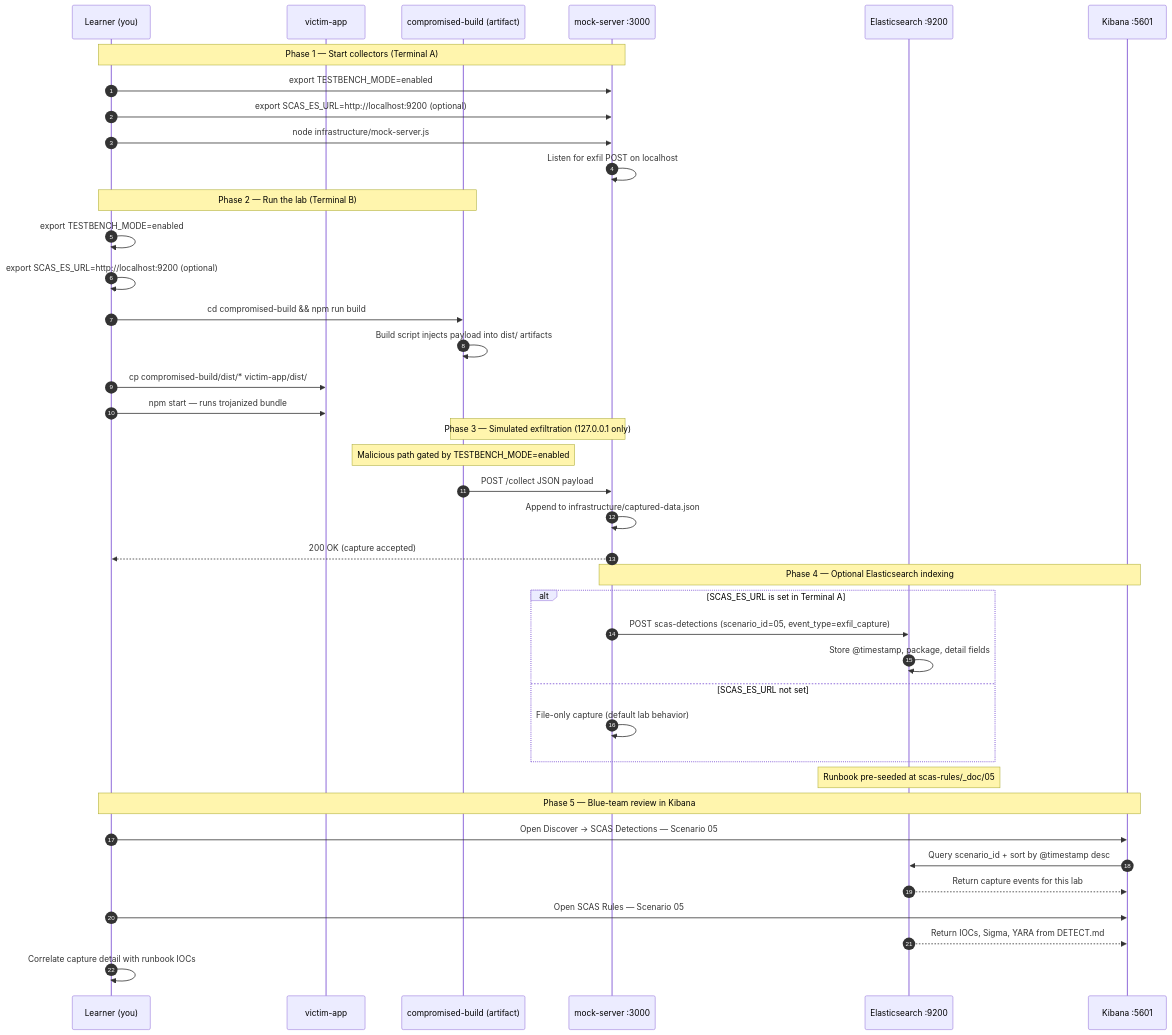
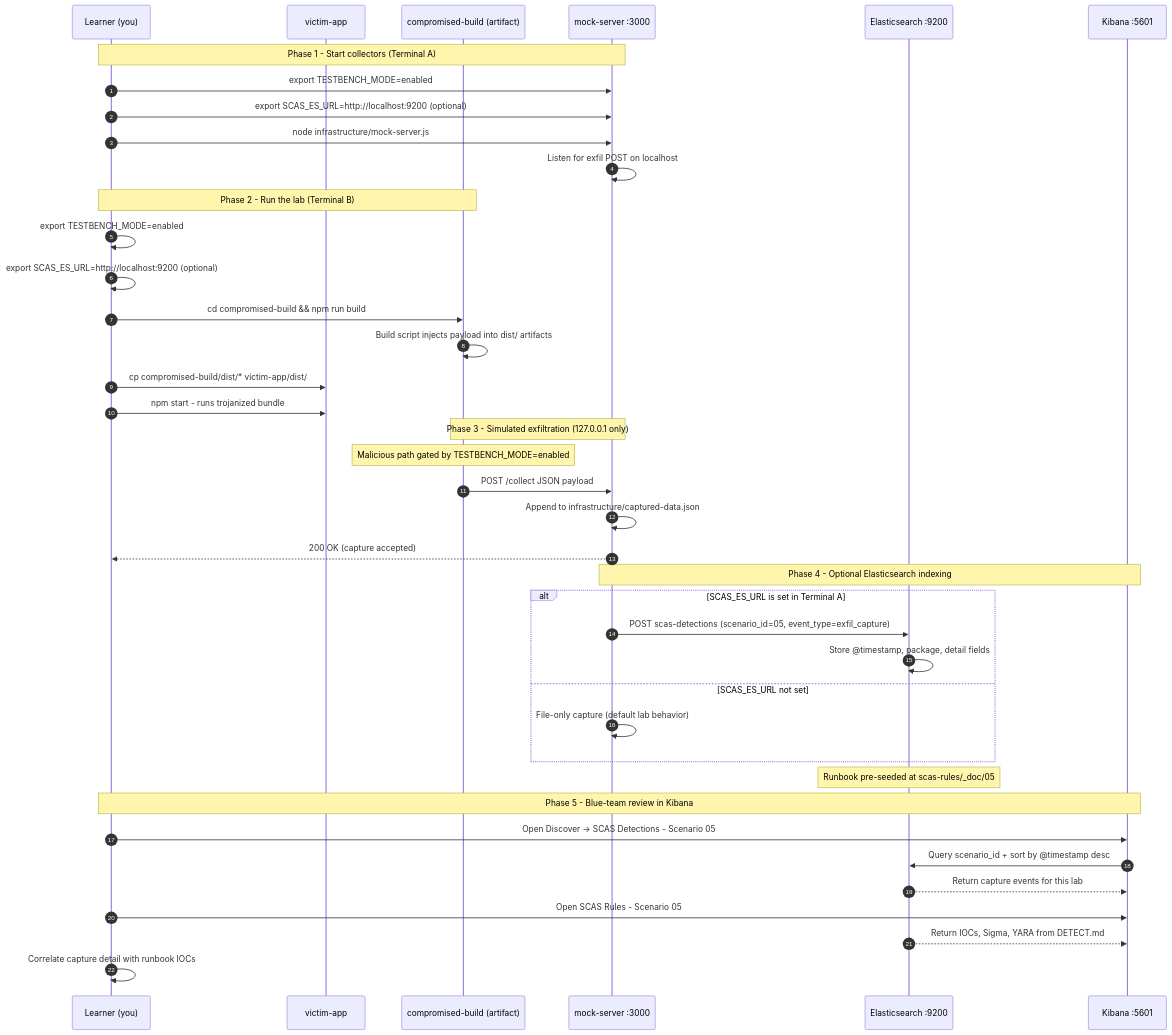
Before and after one commit to RAJANAGORI/testbench: the diagram in documentation/scenario-guides/zero-to-hero/ZERO_TO_HERO_SCENARIO_05.md, drawn with Mermaid. The commit also changed other lines of this file and 66 other files, not shown here.

````diff
--- a/documentation/scenario-guides/zero-to-hero/ZERO_TO_HERO_SCENARIO_05.md
+++ b/documentation/scenario-guides/zero-to-hero/ZERO_TO_HERO_SCENARIO_05.md
@@ -440,47 +440,47 @@
 ```mermaid
 sequenceDiagram
     autonumber
     participant Learner as Learner (you)
     participant Victim as victim-app
     participant MalPkg as compromised-build (artifact)
     participant Mock as mock-server :3000
     participant ES as Elasticsearch :9200
     participant Kibana as Kibana :5601
 
-    Note over Learner,Mock: Phase 1 — Start collectors (Terminal A)
+    Note over Learner,Mock: Phase 1 - Start collectors (Terminal A)
     Learner->>Mock: export TESTBENCH_MODE=enabled
     Learner->>Mock: export SCAS_ES_URL=http://localhost:9200 (optional)
     Learner->>Mock: node infrastructure/mock-server.js
     Mock->>Mock: Listen for exfil POST on localhost
 
-    Note over Learner,MalPkg: Phase 2 — Run the lab (Terminal B)
+    Note over Learner,MalPkg: Phase 2 - Run the lab (Terminal B)
     Learner->>Learner: export TESTBENCH_MODE=enabled
     Learner->>Learner: export SCAS_ES_URL=http://localhost:9200 (optional)
     Learner->>MalPkg: cd compromised-build && npm run build
     MalPkg->>MalPkg: Build script injects payload into dist/ artifacts
     Learner->>Victim: cp compromised-build/dist/* victim-app/dist/
-    Learner->>Victim: npm start — runs trojanized bundle
+    Learner->>Victim: npm start - runs trojanized bundle
 
-    Note over MalPkg,Mock: Phase 3 — Simulated exfiltration (127.0.0.1 only)
+    Note over MalPkg,Mock: Phase 3 - Simulated exfiltration (127.0.0.1 only)
     Note over MalPkg: Malicious path gated by TESTBENCH_MODE=enabled
     MalPkg->>Mock: POST /collect JSON payload
     Mock->>Mock: Append to infrastructure/captured-data.json
     Mock-->>Learner: 200 OK (capture accepted)
 
-    Note over Mock,Kibana: Phase 4 — Optional Elasticsearch indexing
+    Note over Mock,Kibana: Phase 4 - Optional Elasticsearch indexing
     alt SCAS_ES_URL is set in Terminal A
     Mock->>ES: POST scas-detections (scenario_id=05, event_type=exfil_capture)
     ES->>ES: Store @timestamp, package, detail fields
     else SCAS_ES_URL not set
     Mock->>Mock: File-only capture (default lab behavior)
     end
 
     Note over ES: Runbook pre-seeded at scas-rules/_doc/05
-    Note over Learner,Kibana: Phase 5 — Blue-team review in Kibana
-    Learner->>Kibana: Open Discover → SCAS Detections — Scenario 05
+    Note over Learner,Kibana: Phase 5 - Blue-team review in Kibana
+    Learner->>Kibana: Open Discover → SCAS Detections - Scenario 05
     Kibana->>ES: Query scenario_id + sort by @timestamp desc
     ES-->>Kibana: Return capture events for this lab
-    Learner->>Kibana: Open SCAS Rules — Scenario 05
+    Learner->>Kibana: Open SCAS Rules - Scenario 05
     ES-->>Kibana: Return IOCs, Sigma, YARA from DETECT.md
     Learner->>Learner: Correlate capture detail with runbook IOCs
 ```
````
